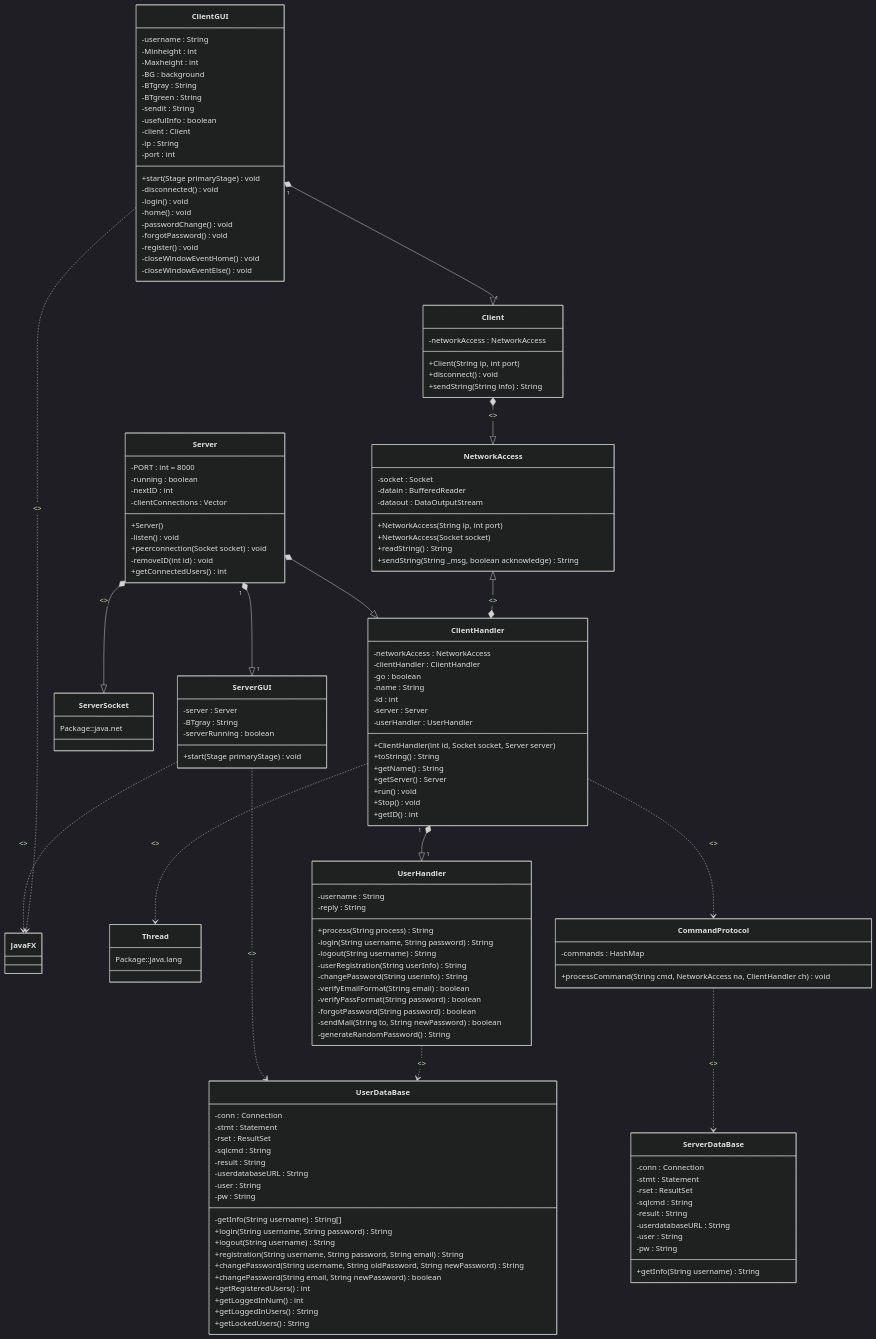
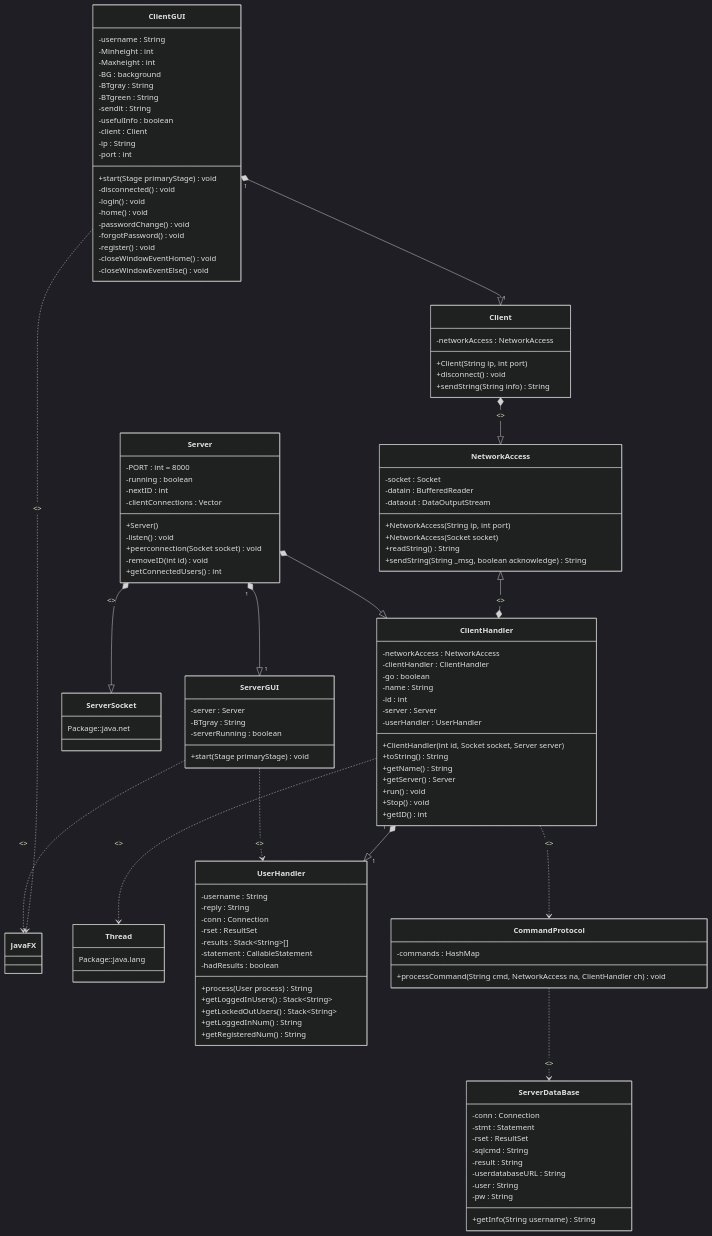
One commit to kalihale/SecureClientServerSystemFramework changed the diagram in Documentation/classDiagram.md. Above: the diagram before and after it, drawn with Mermaid (dark theme). The commit also changed 6 other files, not shown here.

Commit message:
UserGUI can now register user

```diff
--- a/Documentation/classDiagram.md
+++ b/Documentation/classDiagram.md
@@ -6,13 +6,12 @@
 NetworkAccess <|--* ClientHandler : <<private>>
 ClientHandler ..> Thread : <<extends>>
 ClientHandler "1" *--|> "1" UserHandler
-UserHandler ..> UserDataBase : <<uses>>
 ClientHandler ..> CommandProtocol : <<uses statically>>
 CommandProtocol ..> ServerDataBase : <<uses>>
 Server *--|> ClientHandler
 Server *--|> ServerSocket : <<private>>
 Server "1"*--|>"1" ServerGUI
-ServerGUI ..> UserDataBase : <<uses>>
+ServerGUI ..> UserHandler : <<uses>>
 ServerGUI ..> JavaFX : <<extends>>
 
 class ClientGUI{
@@ -75,37 +74,16 @@
 class UserHandler{
     -username : String
     -reply : String
-    +process(String process) String
-    -login(String username, String password) String
-    -logout(String username) String
-    -userRegistration(String userInfo) String
-    -changePassword(String userinfo) String
-    -verifyEmailFormat(String email) boolean
-    -verifyPassFormat(String password) boolean
-    -forgotPassword(String password) boolean
-    -sendMail(String to, String newPassword) boolean
-    -generateRandomPassword() String
-}
-
-class UserDataBase{
     -conn : Connection
-    -stmt : Statement
     -rset : ResultSet
-    -sqlcmd : String
-    -result : String
-    -userdatabaseURL : String
-    -user : String
-    -pw : String
-    -getInfo(String username) String[]
-    +login(String username, String password) String
-    +logout(String username) String
-    +registration(String username, String password, String email) String
-    +changePassword(String username, String oldPassword, String newPassword) String
-    +changePassword(String email, String newPassword) boolean
-    +getRegisteredUsers() int
-    +getLoggedInNum() int
-    +getLoggedInUsers() String
-    +getLockedUsers() String
+    -results : Stack~String~[]
+    -statement : CallableStatement
+    -hadResults : boolean
+    +process(User process) String
+    +getLoggedInUsers() Stack~String~
+    +getLockedOutUsers() Stack~String~
+    +getLoggedInNum() String
+    +getRegisteredNum() String
 }
 
 class CommandProtocol{
```
